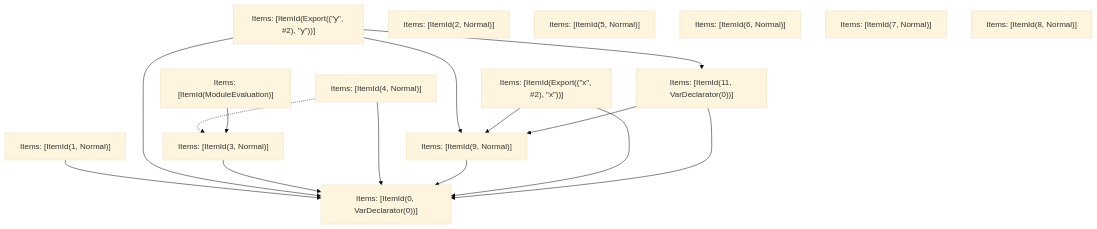
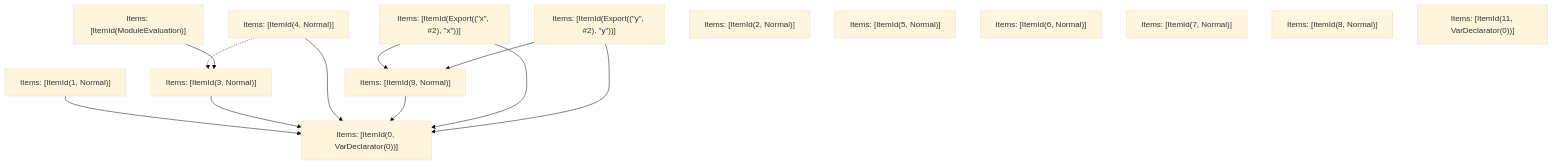
Before and after one commit to Sonar-UX-Testing-FreePlan/next.js: the fifth of 5 diagrams in turbopack/crates/turbopack-ecmascript/tests/tree-shaker/analyzer/grouping/output.md, drawn with Mermaid (base theme). The commit also changed other lines of this file and 30 other files, not shown here.

````diff
--- a/turbopack/crates/turbopack-ecmascript/tests/tree-shaker/analyzer/grouping/output.md
+++ b/turbopack/crates/turbopack-ecmascript/tests/tree-shaker/analyzer/grouping/output.md
@@ -264,30 +264,27 @@
 ```mermaid
 graph TD
     N0["Items: [ItemId(ModuleEvaluation)]"];
     N1["Items: [ItemId(Export((&quot;x&quot;, #2), &quot;x&quot;))]"];
     N2["Items: [ItemId(Export((&quot;y&quot;, #2), &quot;y&quot;))]"];
     N3["Items: [ItemId(0, VarDeclarator(0))]"];
     N4["Items: [ItemId(1, Normal)]"];
     N5["Items: [ItemId(3, Normal)]"];
     N6["Items: [ItemId(4, Normal)]"];
     N7["Items: [ItemId(9, Normal)]"];
-    N8["Items: [ItemId(11, VarDeclarator(0))]"];
-    N9["Items: [ItemId(2, Normal)]"];
-    N10["Items: [ItemId(5, Normal)]"];
-    N11["Items: [ItemId(6, Normal)]"];
-    N12["Items: [ItemId(7, Normal)]"];
-    N13["Items: [ItemId(8, Normal)]"];
+    N8["Items: [ItemId(2, Normal)]"];
+    N9["Items: [ItemId(5, Normal)]"];
+    N10["Items: [ItemId(6, Normal)]"];
+    N11["Items: [ItemId(7, Normal)]"];
+    N12["Items: [ItemId(8, Normal)]"];
+    N13["Items: [ItemId(11, VarDeclarator(0))]"];
     N4 --> N3;
-    N2 --> N7;
-    N2 --> N3;
+    N1 --> N7;
     N5 --> N3;
     N6 -.-> N5;
     N6 --> N3;
     N7 --> N3;
-    N1 --> N7;
-    N8 --> N7;
+    N1 --> N3;
+    N2 --> N3;
+    N2 --> N7;
     N0 --> N5;
-    N2 --> N8;
-    N1 --> N3;
-    N8 --> N3;
 ```
````
